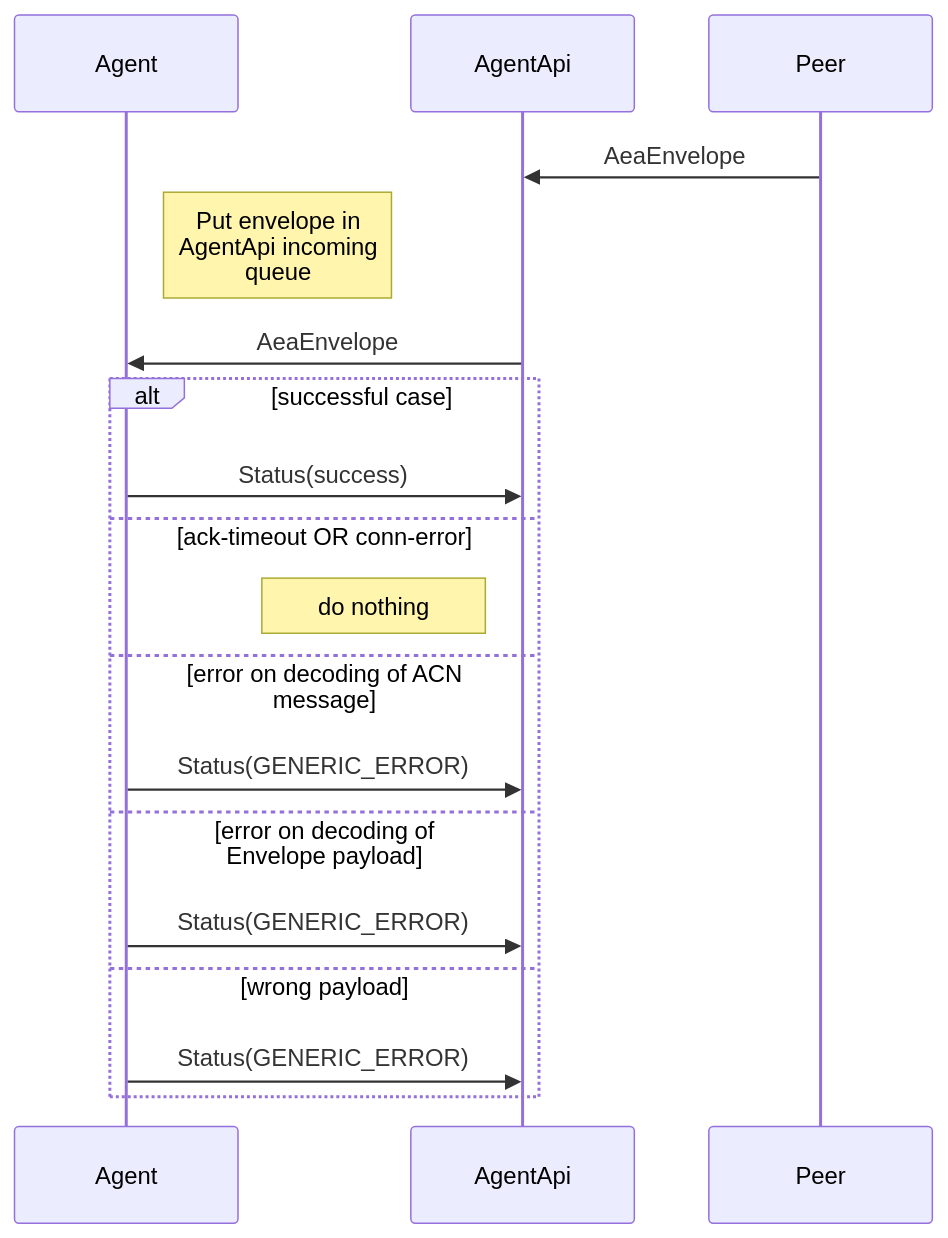
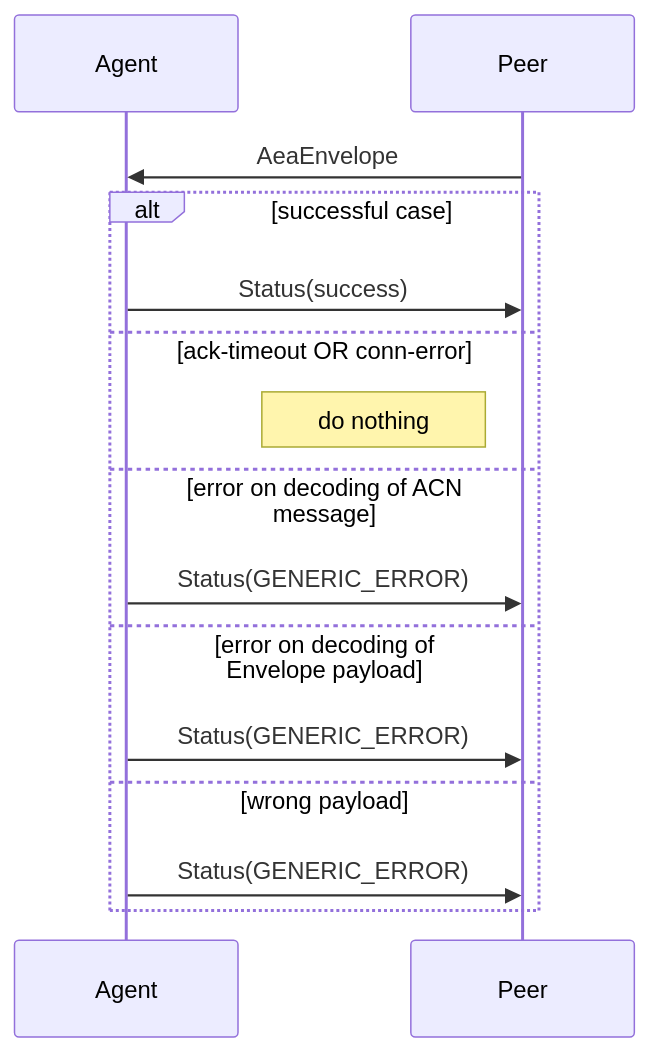
Before and after one commit to legendarydeveloper919/agents-aea: diagram 11 of 11 in docs/acn-internals.md, drawn with Mermaid. The commit also changed other lines of this file, not shown here.

```diff
--- a/docs/acn-internals.md
+++ b/docs/acn-internals.md
@@ -449,20 +494,17 @@
 <div class="mermaid">
     sequenceDiagram
         participant Agent
-        participant AgentApi
         participant Peer
-        Peer->>AgentApi: AeaEnvelope
-        note right of Agent: Put envelope in<br/>AgentApi incoming<br/>queue
-        AgentApi->>Agent: AeaEnvelope
+        Peer->>Agent: AeaEnvelope
         alt successful case
-            Agent->>AgentApi: Status(success)
+            Agent->>Peer: Status(success)
         else ack-timeout OR conn-error
-            note left of AgentApi: do nothing
+            note left of Peer: do nothing
         else error on decoding of ACN message
-            Agent->>AgentApi: Status(GENERIC_ERROR)
+            Agent->>Peer: Status(GENERIC_ERROR)
         else error on decoding of Envelope payload
-            Agent->>AgentApi: Status(GENERIC_ERROR)
+            Agent->>Peer: Status(GENERIC_ERROR)
         else wrong payload
-            Agent->>AgentApi: Status(GENERIC_ERROR)
+            Agent->>Peer: Status(GENERIC_ERROR)
         end
 </div>
```
